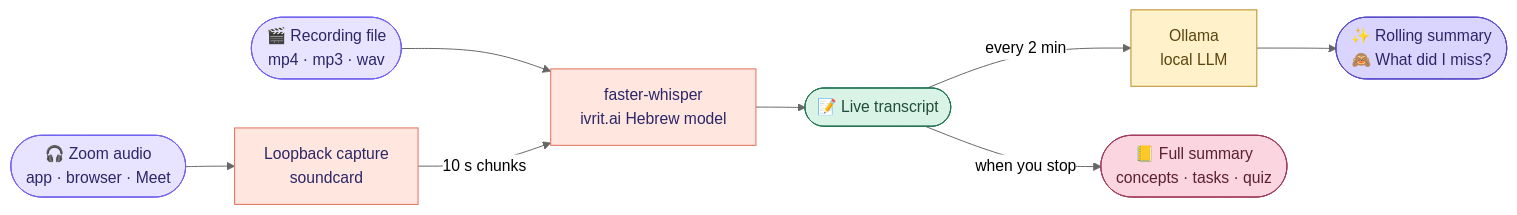
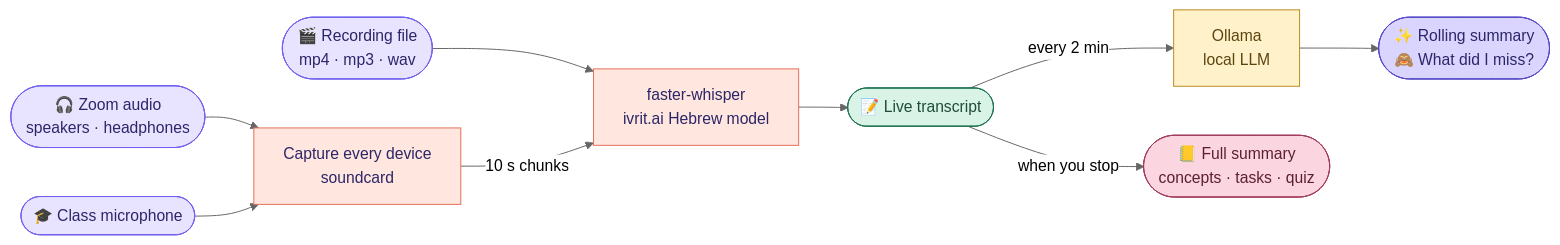
The diagram in README.md (NoyaAdivi/kashuv), drawn with Mermaid (neutral theme) before and after one commit. The commit also changed other lines of this file and 18 other files, not shown here.

Commit message:
Support lectures in class and headphones in Zoom

````diff
--- a/README.md
+++ b/README.md
@@ -91,18 +92,20 @@
 ```mermaid
 flowchart LR
-  A([🎧 Zoom audio<br/>app · browser · Meet]) --> B[Loopback capture<br/>soundcard]
+  A([🎧 Zoom audio<br/>speakers · headphones]) --> B[Capture every device<br/>soundcard]
+  M([🎓 Class microphone]) --> B
   F([🎬 Recording file<br/>mp4 · mp3 · wav]) --> C
   B -->|10 s chunks| C[faster-whisper<br/>ivrit.ai Hebrew model]
   C --> D([📝 Live transcript])
   D -->|every 2 min| E[Ollama<br/>local LLM]
   E --> G([✨ Rolling summary<br/>🙈 What did I miss?])
   D -->|when you stop| H([📒 Full summary<br/>concepts · tasks · quiz])
   style A fill:#E8E4FF,stroke:#6F60F0,color:#2C2668
   style F fill:#E8E4FF,stroke:#6F60F0,color:#2C2668
+  style M fill:#E8E4FF,stroke:#6F60F0,color:#2C2668
   style B fill:#FFE6DE,stroke:#E36E57,color:#2C2668
   style C fill:#FFE6DE,stroke:#E36E57,color:#2C2668
   style D fill:#D9F3E7,stroke:#1F7350,color:#1F4D38
   style E fill:#FFF1C9,stroke:#B98A1E,color:#5C4410
   style G fill:#DAD5FF,stroke:#5548C8,color:#2C2668
   style H fill:#FBD5E0,stroke:#A03A5C,color:#5C1F33
 ```
````
